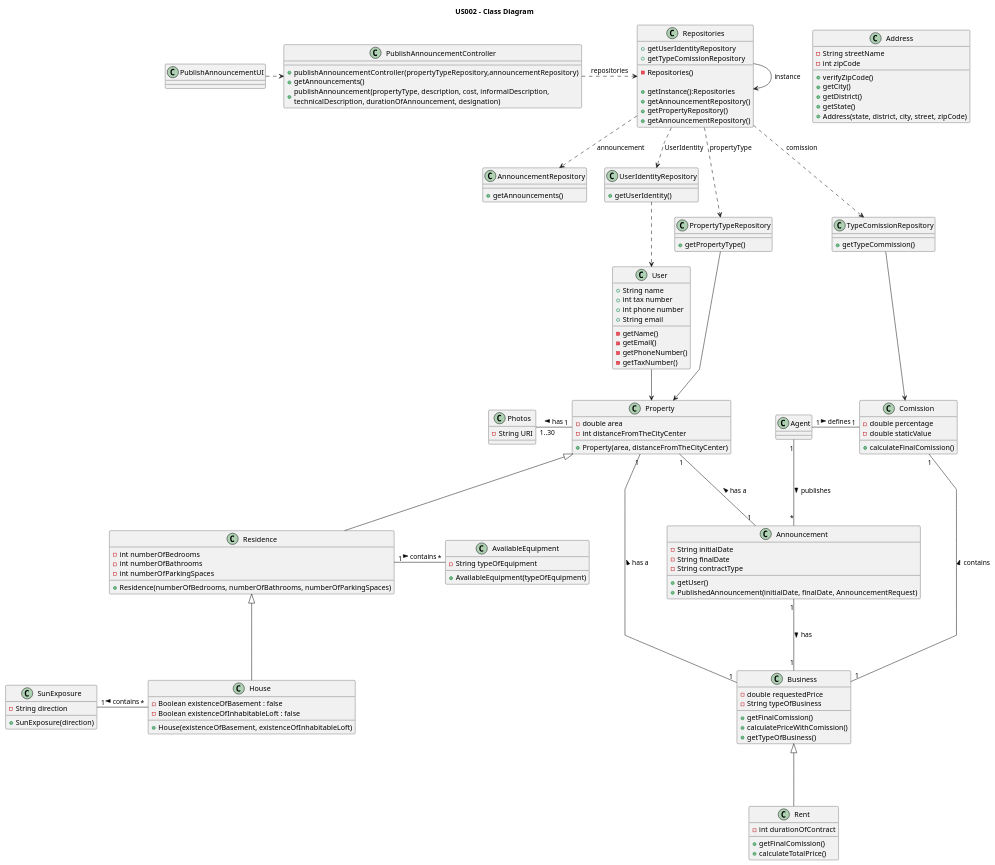
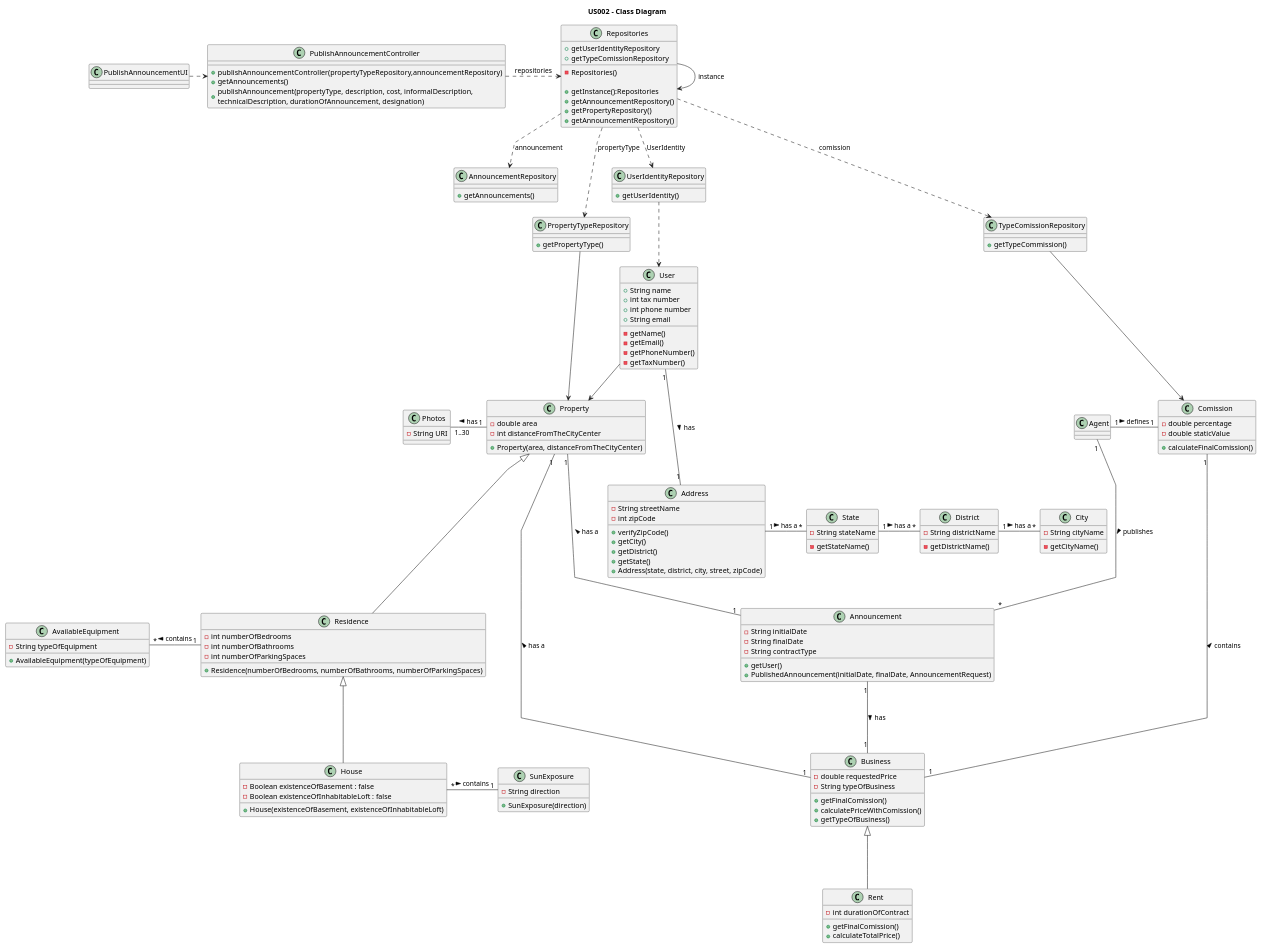
The diagram in docs/sprintB/US02/03.design/puml/us02-class-diagram.puml (PureNimble/ISEP-LAPR2), drawn with PlantUML before and after one commit. The commit also changed 1 other file, not shown here.

Commit message:
Class Diagram and domain module US002 (small change)

```diff
--- a/docs/sprintB/US02/03.design/puml/us02-class-diagram.puml
+++ b/docs/sprintB/US02/03.design/puml/us02-class-diagram.puml
@@ -119,6 +119,25 @@
 
 
 
+class City {
+     - String cityName
+
+    -getCityName()
+}
+
+class District {
+    - String districtName
+
+    -getDistrictName()
+}
+
+class State {
+   - String stateName
+
+    -getStateName()
+}
+
+
 
 
 class Comission{
@@ -180,7 +199,10 @@
 
 
 
-
+State "*"-left- "1" Address: has a  <
+City "*"-left- "1" District: has a  <
+District "*"-left- "1" State: has a  <
+User "1" --- "1" Address: has >
 UserIdentityRepository ..> User
 User --> Property
 
```
